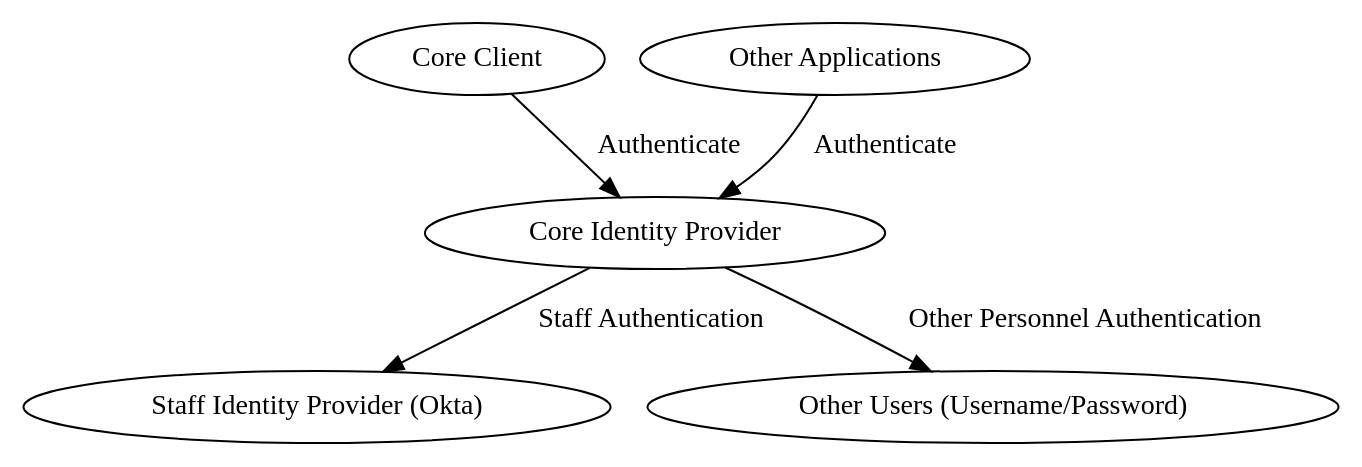
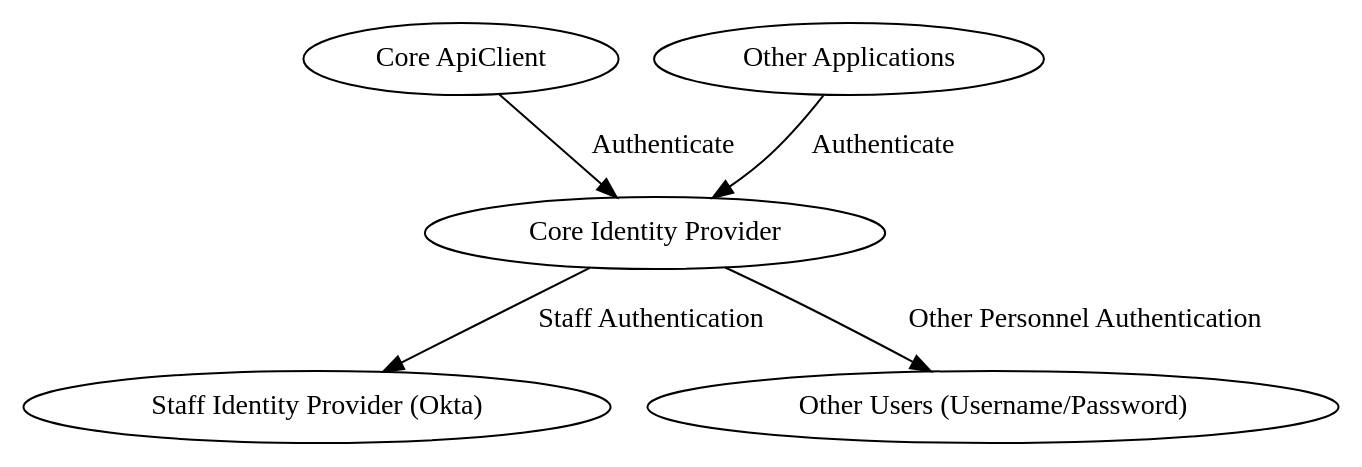
The diagram in docs/images/idp_architecture.dot (NorwegianRefugeeCouncil/core-uganda-pilot), drawn with Graphviz before and after one commit. The commit also changed 740 other files, not shown here.

```diff
--- a/docs/images/idp_architecture.dot
+++ b/docs/images/idp_architecture.dot
@@ -1,21 +1,21 @@
 digraph A {
 
   idp [label="Staff Identity Provider (Okta)"]
 
   pwd [label="Other Users (Username/Password)"]
 
   server [label="Core Identity Provider"]
 
-  client [label="Core Client"]
+  client [label="Core ApiClient"]
 
   otherApps [label="Other Applications"]
 
   client -> server [label="Authenticate"]
 
   server -> idp [label="Staff Authentication"]
 
   server -> pwd [label="Other Personnel Authentication"]
 
   otherApps -> server [label="Authenticate"]
 
 }
```
